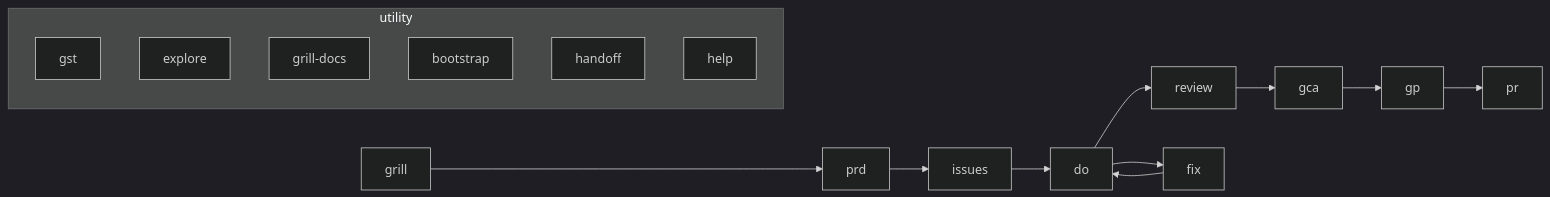
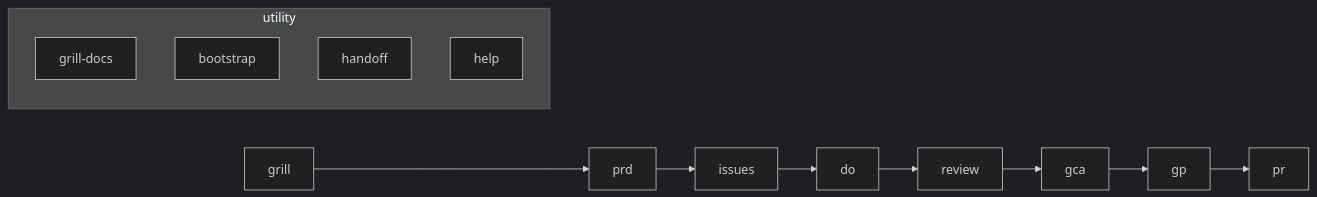
Before and after one commit to yokeloop/yoke: the diagram in README.md, drawn with Mermaid (dark theme). The commit also changed other lines of this file and 3 other files, not shown here.

Commit message:
#19 docs(19-deprecate-skills): drop fix/gst/explore from help/README, repoint sync-docs to /sync-docs

````diff
--- a/README.md
+++ b/README.md
@@ -3,15 +3,11 @@
 ```mermaid
 flowchart LR
   grill --> prd --> issues --> do
   do --> review --> gca --> gp --> pr
-  do --> fix
-  fix --> do
   subgraph utility
-    gst
-    explore
     grill-docs
     bootstrap
     handoff
     help
   end
 ```
````
